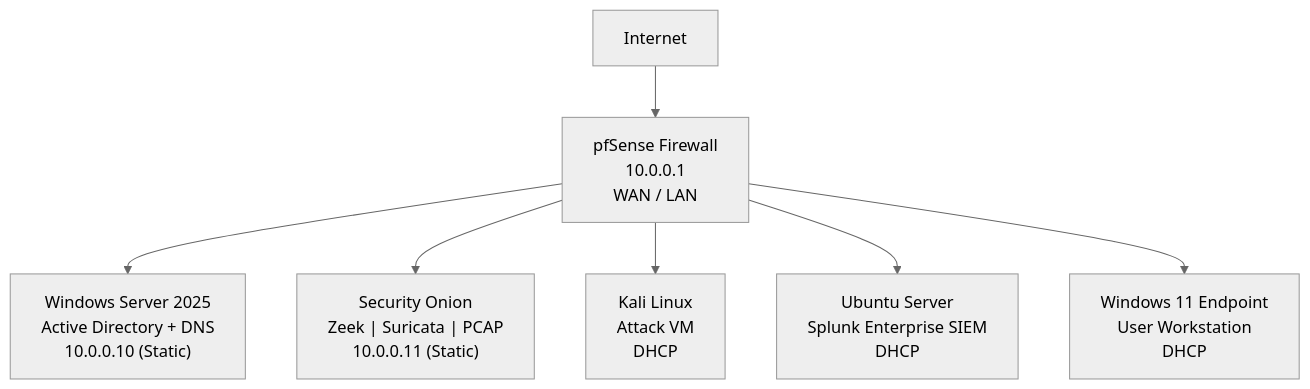
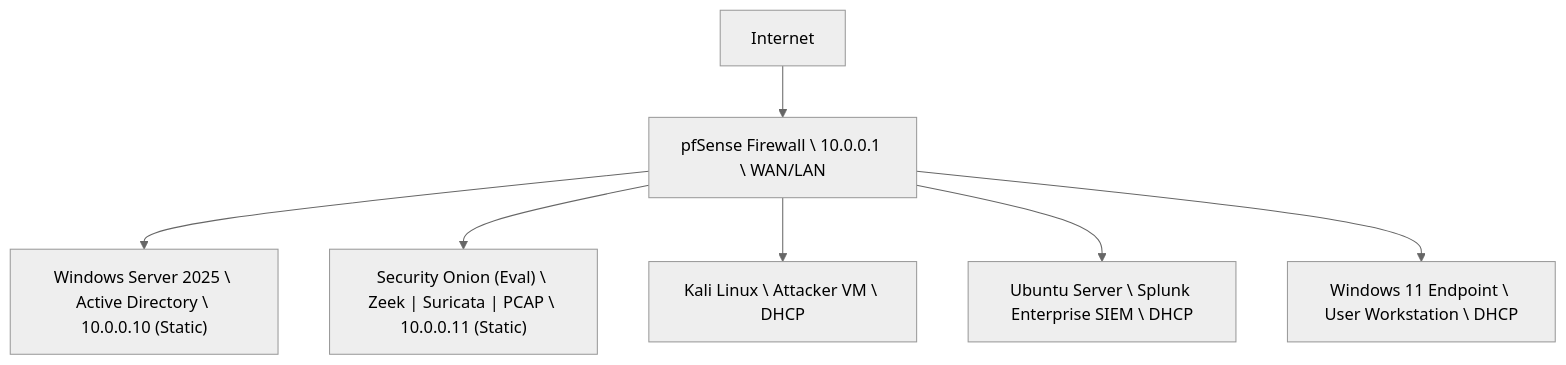
Before and after one commit to espcarlo27-byte/jce-cyber-lab: the diagram in architecture/network-topology.md, drawn with Mermaid (neutral theme). The commit also changed other lines of this file, not shown here.

Commit message:
Updated 122425410 network-topology.md

````diff
--- a/architecture/network-topology.md
+++ b/architecture/network-topology.md
@@ -26,20 +26,20 @@
 ```mermaid
 flowchart TB
     Internet["Internet"]
 
-    pfSense["pfSense Firewall\n10.0.0.1\nWAN / LAN"]
+    pfSense["pfSense Firewall \ 10.0.0.1 \ WAN/LAN"]
 
-    AD["Windows Server 2025\nActive Directory + DNS\n10.0.0.10 (Static)"]
-    SO["Security Onion\nZeek | Suricata | PCAP\n10.0.0.11 (Static)"]
-    Kali["Kali Linux\nAttack VM\nDHCP"]
-    Splunk["Ubuntu Server\nSplunk Enterprise SIEM\nDHCP"]
-    Win11["Windows 11 Endpoint\nUser Workstation\nDHCP"]
+    AD["Windows Server 2025 \ Active Directory \ 10.0.0.10 (Static)"]
+    SO["Security Onion (Eval) \ Zeek | Suricata | PCAP \ 10.0.0.11 (Static)"]
+    Kali["Kali Linux \ Attacker VM \ DHCP"]
+    Splunk["Ubuntu Server \ Splunk Enterprise SIEM \ DHCP"]
+    Win11["Windows 11 Endpoint \ User Workstation \ DHCP"]
 
     Internet --> pfSense
 
     pfSense --> AD
     pfSense --> SO
     pfSense --> Kali
     pfSense --> Splunk
     pfSense --> Win11
 ```
````
